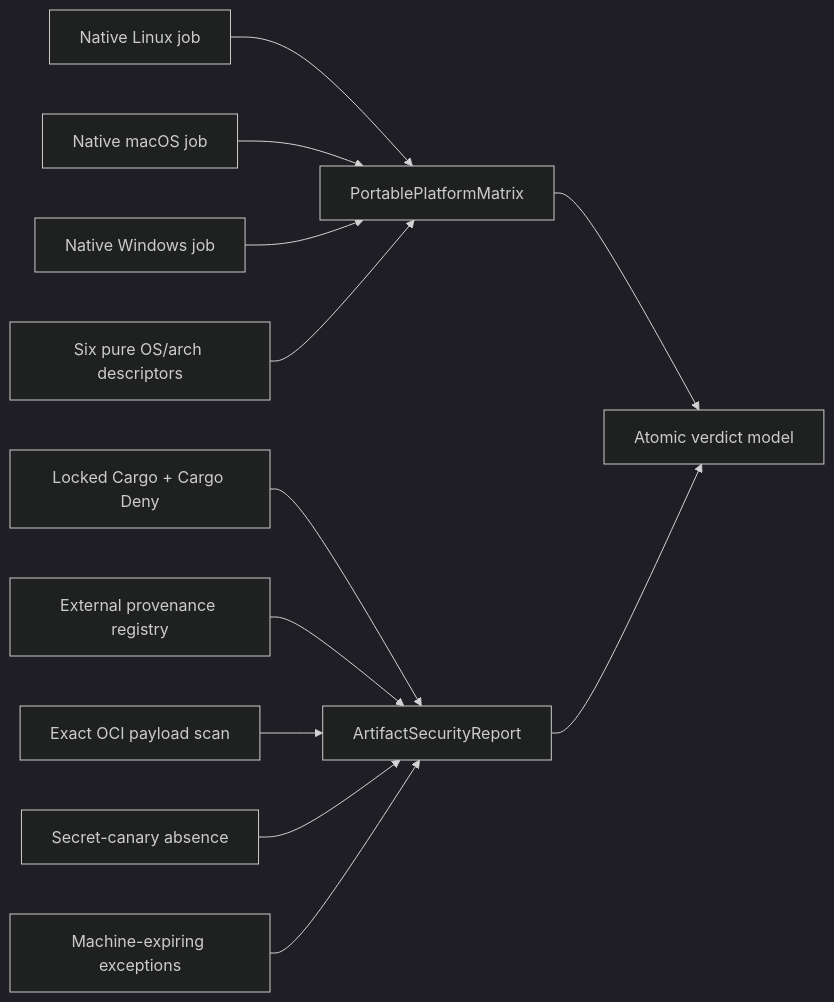
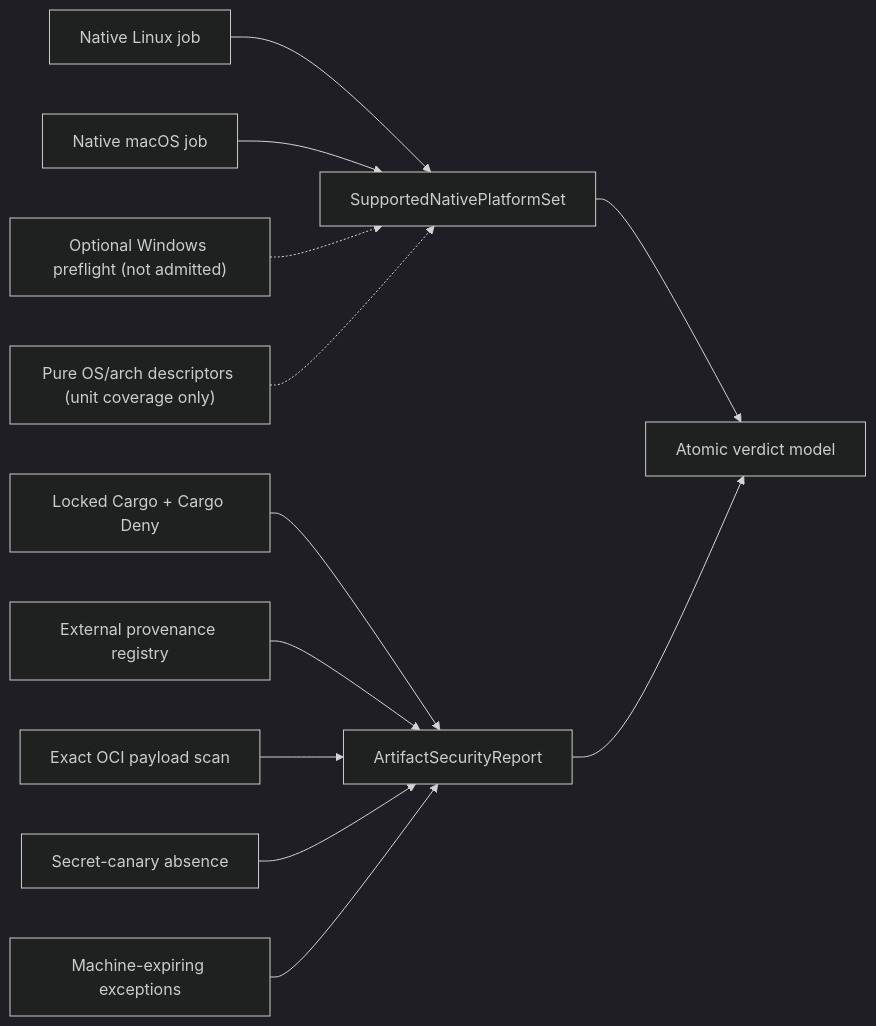
The fifth of 6 diagrams in .kiro/specs/rust-sdk-conformance-security/design.md (tokeira/dagger-rust-sdk), drawn with Mermaid (dark theme) before and after one commit. The commit also changed other lines of this file and 94 other files, not shown here.

````diff
--- a/.kiro/specs/rust-sdk-conformance-security/design.md
+++ b/.kiro/specs/rust-sdk-conformance-security/design.md
@@ -543,14 +576,14 @@
 ```mermaid
 flowchart LR
-    LINUX["Native Linux job"] --> PM["PortablePlatformMatrix"]
+    LINUX["Native Linux job"] --> PM["SupportedNativePlatformSet"]
     MAC["Native macOS job"] --> PM
-    WIN["Native Windows job"] --> PM
-    DESC["Six pure OS/arch descriptors"] --> PM
+    WIN["Optional Windows preflight (not admitted)"] -.-> PM
+    DESC["Pure OS/arch descriptors (unit coverage only)"] -.-> PM
     LOCK["Locked Cargo + Cargo Deny"] --> SEC["ArtifactSecurityReport"]
     PROV["External provenance registry"] --> SEC
     SCAN["Exact OCI payload scan"] --> SEC
     CANARY["Secret-canary absence"] --> SEC
     EXC["Machine-expiring exceptions"] --> SEC
     PM --> VERDICT["Atomic verdict model"]
     SEC --> VERDICT
 ```
````
